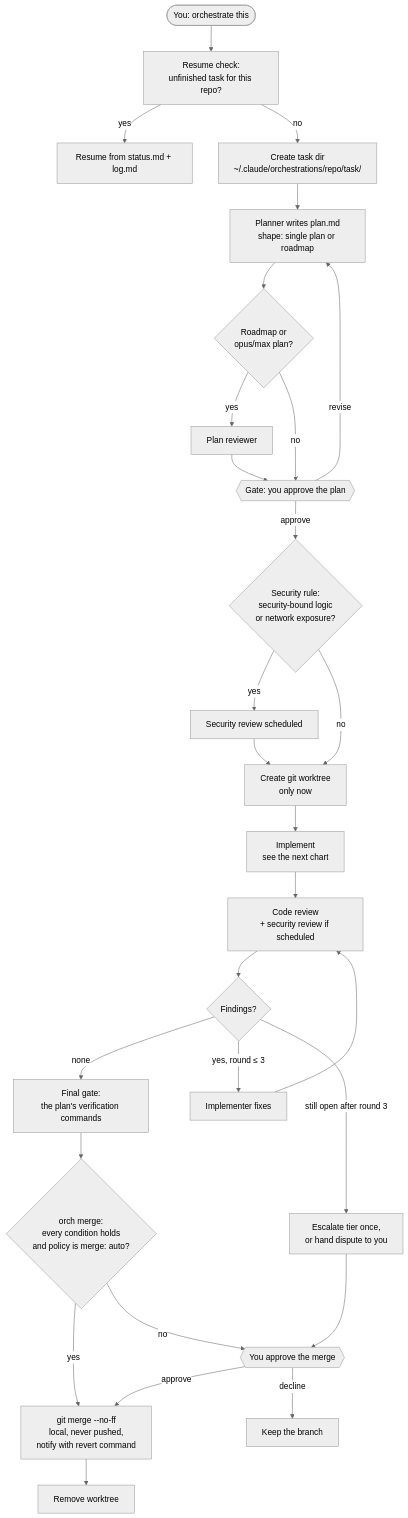
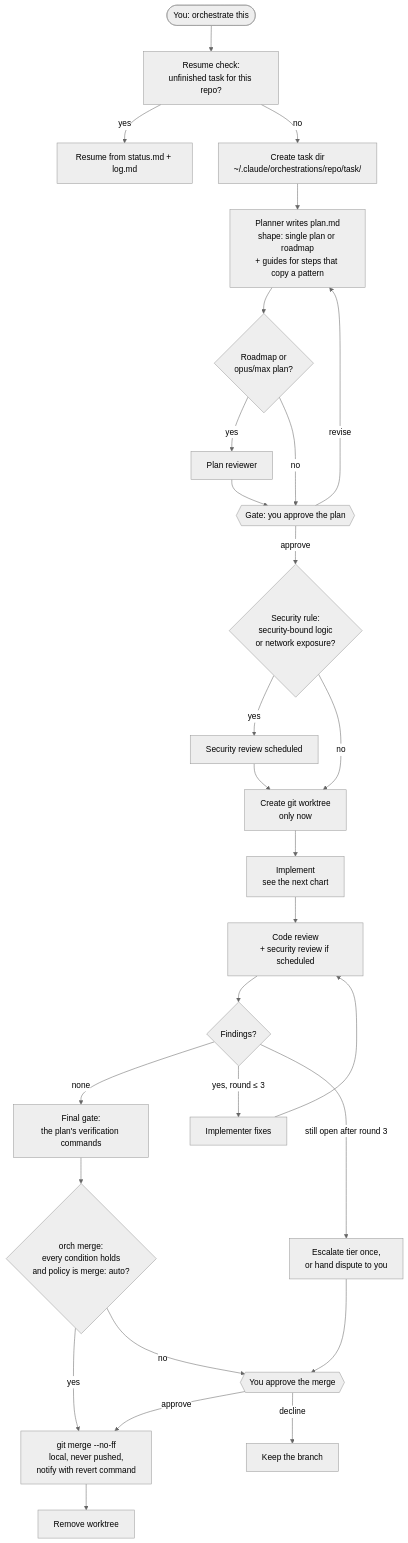
The second of 6 diagrams in README.md (ijat/orch), drawn with Mermaid (neutral theme) before and after one commit. The commit also changed other lines of this file, not shown here.

````diff
--- a/README.md
+++ b/README.md
@@ -137,28 +156,28 @@
 ```mermaid
 flowchart TD
     A([You: orchestrate this]) --> B[Resume check:<br/>unfinished task for this repo?]
     B -->|yes| R[Resume from status.md + log.md]
     B -->|no| C[Create task dir<br/>~/.claude/orchestrations/repo/task/]
-    C --> P[Planner writes plan.md<br/>shape: single plan or roadmap]
+    C --> P[Planner writes plan.md<br/>shape: single plan or roadmap<br/>+ guides for steps that copy a pattern]
     P --> PR{Roadmap or<br/>opus/max plan?}
     PR -->|yes| PRV[Plan reviewer] --> G1
     PR -->|no| G1{{Gate: you approve the plan}}
     G1 -->|revise| P
     G1 -->|approve| S{Security rule:<br/>security-bound logic<br/>or network exposure?}
     S -->|yes| SO[Security review scheduled]
     S -->|no| W
     SO --> W[Create git worktree<br/>only now]
     W --> I[Implement<br/>see the next chart]
     I --> CR[Code review<br/>+ security review if scheduled]
     CR --> F{Findings?}
     F -->|none| GT[Final gate:<br/>the plan's verification commands]
     F -->|yes, round ≤ 3| FX[Implementer fixes] --> CR
     F -->|still open after round 3| ESC[Escalate tier once,<br/>or hand dispute to you]
     ESC --> G2
     GT --> MG{orch merge:<br/>every condition holds<br/>and policy is merge: auto?}
     MG -->|yes| M[git merge --no-ff<br/>local, never pushed,<br/>notify with revert command]
     MG -->|no| G2{{You approve the merge}}
     G2 -->|approve| M
     G2 -->|decline| K[Keep the branch]
     M --> CL[Remove worktree]
 ```
````
